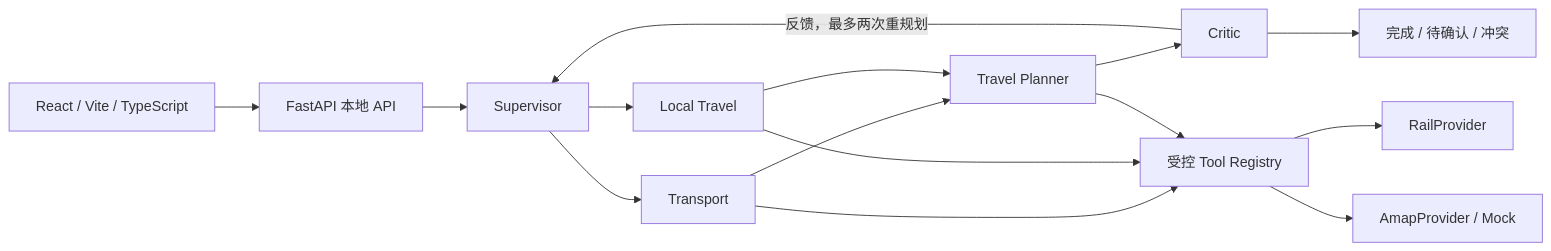
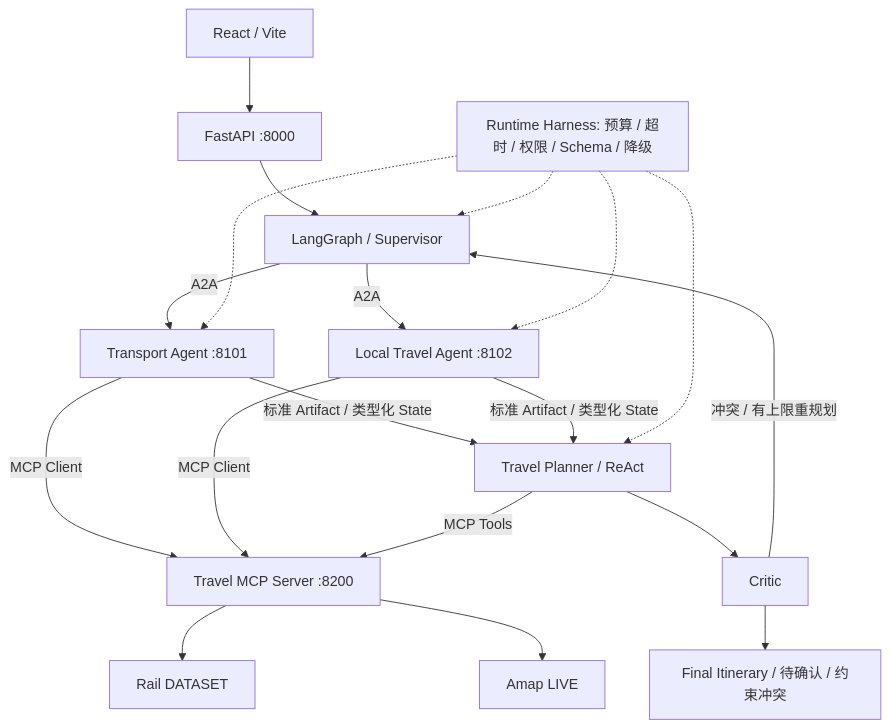
One commit to jinxi0407/TripPilot changed the diagram in README.md. Above: the diagram before and after it, drawn with Mermaid. The commit also changed other lines of this file and 72 other files, not shown here.

````diff
--- a/README.md
+++ b/README.md
@@ -25,17 +25,21 @@
 ```mermaid
-flowchart LR
-    UI[React / Vite / TypeScript] --> API[FastAPI 本地 API]
-    API --> S[Supervisor]
-    S --> T[Transport]
-    S --> L[Local Travel]
-    T --> P[Travel Planner]
-    L --> P
+flowchart TD
+    UI[React / Vite] --> API[FastAPI :8000]
+    API --> G[LangGraph / Supervisor]
+    G -->|A2A| T[Transport Agent :8101]
+    G -->|A2A| L[Local Travel Agent :8102]
+    T -->|MCP Client| M[Travel MCP Server :8200]
+    L -->|MCP Client| M
+    M --> R[Rail DATASET]
+    M --> A[Amap LIVE]
+    T -->|标准 Artifact / 类型化 State| P[Travel Planner / ReAct]
+    L -->|标准 Artifact / 类型化 State| P
+    P -->|MCP Tools| M
     P --> C[Critic]
-    C -->|反馈，最多两次重规划| S
-    C --> R[完成 / 待确认 / 冲突]
-    T --> Tools[受控 Tool Registry]
-    L --> Tools
-    P --> Tools
-    Tools --> Rail[RailProvider]
-    Tools --> Amap[AmapProvider / Mock]
+    C -->|冲突 / 有上限重规划| G
+    C --> F[Final Itinerary / 待确认 / 约束冲突]
+    H[Runtime Harness: 预算 / 超时 / 权限 / Schema / 降级] -.-> G
+    H -.-> T
+    H -.-> L
+    H -.-> P
 ```
````
